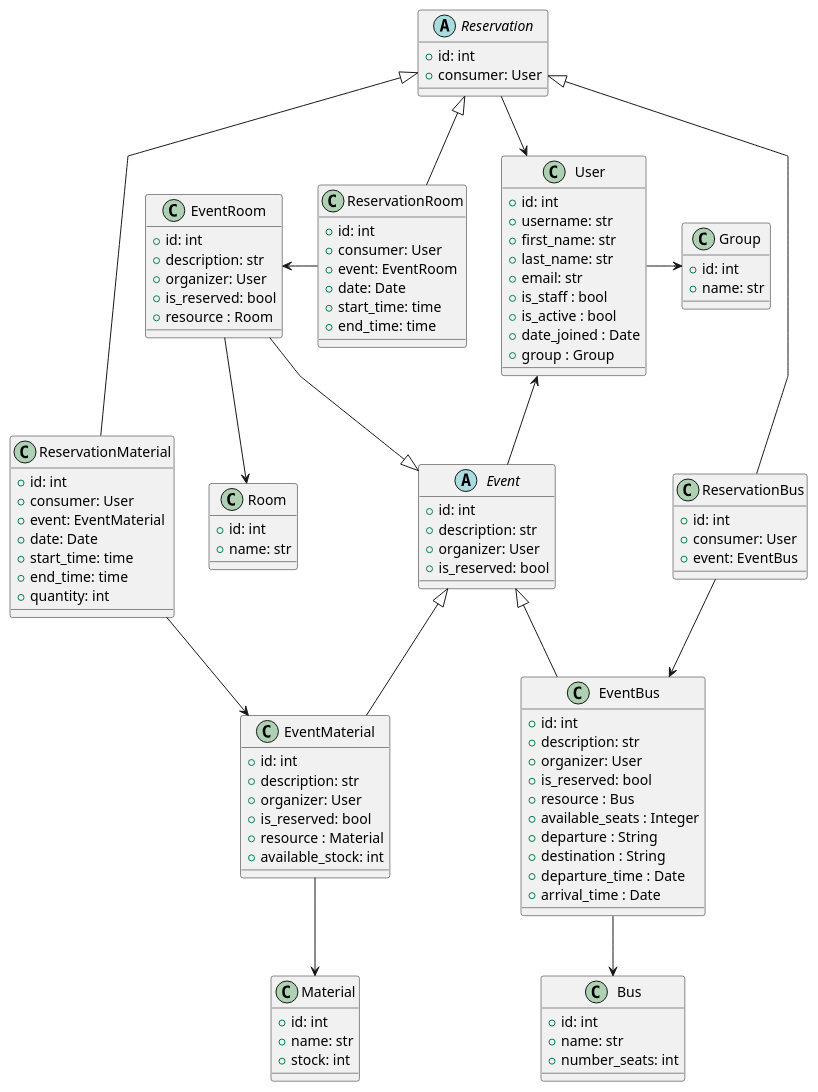
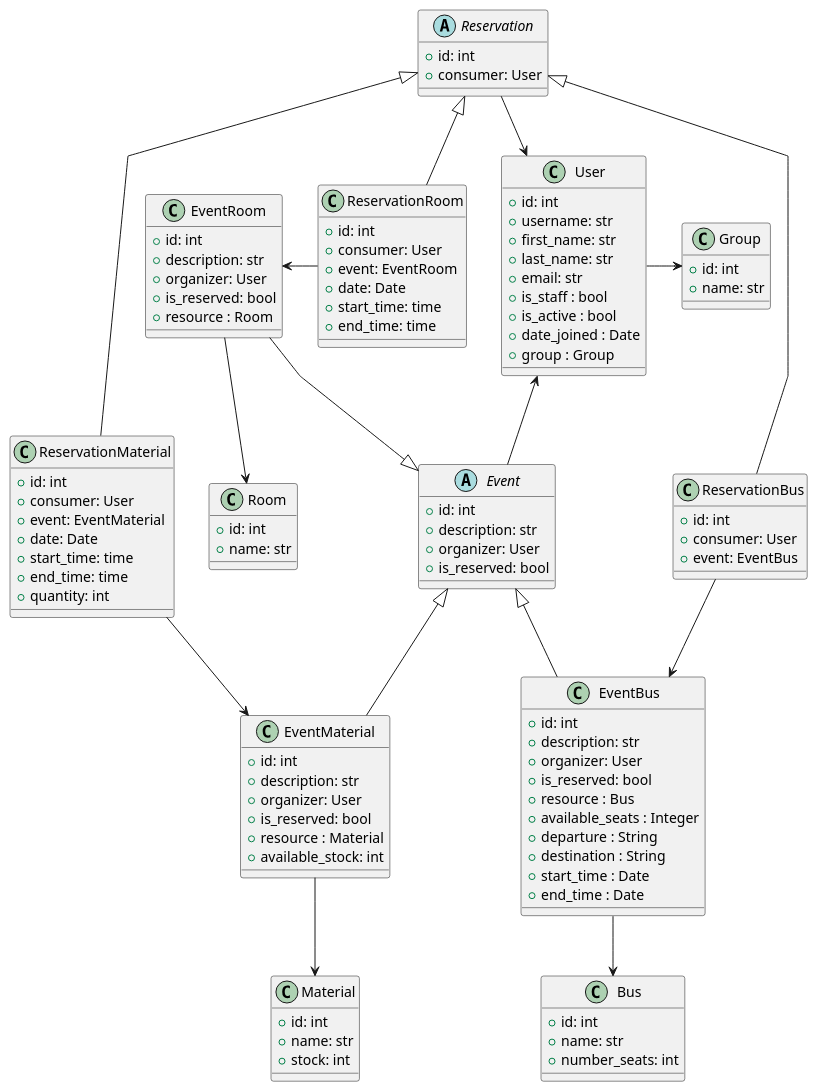
One commit to EL-K-Code/Projet-Conception-Logicielle-Bookit changed the diagram in docs/diagramme_classes.puml. Above: the diagram before and after it, drawn with PlantUML. The commit also changed 44 other files, not shown here.

```diff
--- a/docs/diagramme_classes.puml
+++ b/docs/diagramme_classes.puml
@@ -1,128 +1,128 @@
 @startuml diagramme_de_classes
 
 skinparam linetype polyline
 
 class Group {
     +id: int
     +name: str
 }
 
 class User {
     +id: int
     +username: str
     +first_name: str
     +last_name: str
     +email: str
     +is_staff : bool
     +is_active : bool
     +date_joined : Date
     +group : Group
 }
 
 class Bus {
     +id: int
     +name: str
     +number_seats: int
 }
 
 class Room {
     +id: int
     +name: str
 }
 
 class Material {
     +id: int
     +name: str
     +stock: int
 }
 
 
 abstract Event {
     +id: int
     +description: str
     +organizer: User
     +is_reserved: bool
 }
 
 class EventBus {
     +id: int
     +description: str
     +organizer: User
     +is_reserved: bool
     +resource : Bus
     +available_seats : Integer
     +departure : String
     +destination : String
-    +departure_time : Date
-    +arrival_time : Date
+    +start_time : Date
+    +end_time : Date
 }
 
 class EventRoom {
     +id: int
     +description: str
     +organizer: User
     +is_reserved: bool
     +resource : Room
 }
 
 class EventMaterial {
     +id: int
     +description: str
     +organizer: User
     +is_reserved: bool
     +resource : Material
     +available_stock: int
 }
 
 abstract Reservation {
     +id: int
     +consumer: User
 }
 
 class ReservationBus {
     +id: int
     +consumer: User
     +event: EventBus
 }
 
 class ReservationRoom {
     +id: int
     +consumer: User
     +event: EventRoom
     +date: Date
     +start_time: time
     +end_time: time
 }
 
 class ReservationMaterial {
     +id: int
     +consumer: User
     +event: EventMaterial
     +date: Date
     +start_time: time
     +end_time: time
     +quantity: int
 }
 
 'Relations de dépendance
 User -right-> Group
 EventBus --> Bus
 EventRoom --> Room
 EventMaterial --> Material
 ReservationBus --> EventBus
 ReservationRoom -left-> EventRoom
 ReservationMaterial --> EventMaterial
 Event -up-> User
 Reservation --> User
 
 'Héritages évènements
 Event <|-- EventBus
 Event <|-up- EventRoom
 Event <|-- EventMaterial
 
 'Héritages Réservations
 Reservation <|-- ReservationMaterial
 Reservation <|-- ReservationBus
 Reservation <|-- ReservationRoom
 
 @enduml
```
